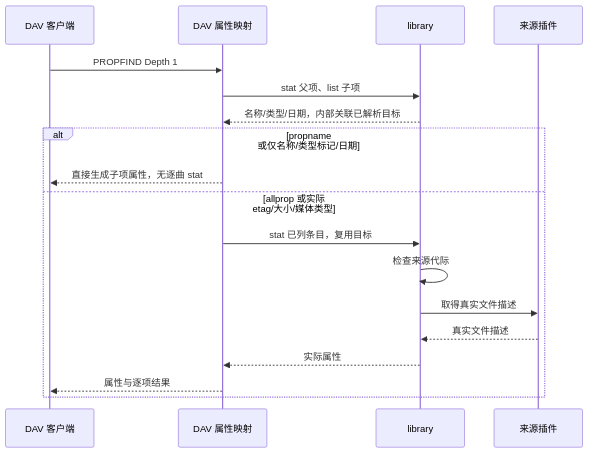
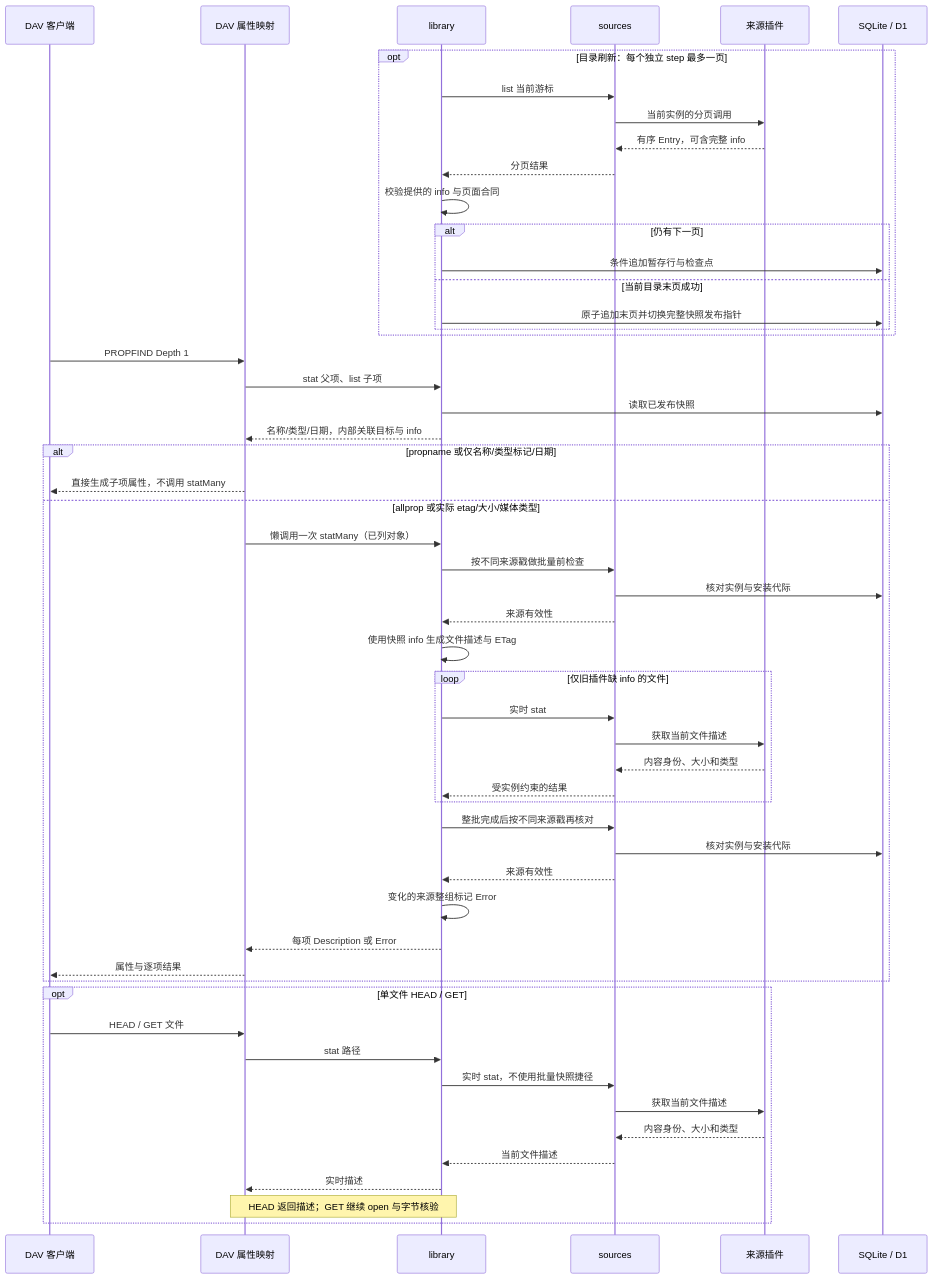
Before and after one commit to shengyusi-SYS/musicfs: the fourth of 12 diagrams in docs/architecture/diagrams.md, drawn with Mermaid. The commit also changed other lines of this file and 52 other files, not shown here.

````diff
--- a/docs/architecture/diagrams.md
+++ b/docs/architecture/diagrams.md
@@ -82,20 +82,56 @@
 ```mermaid
 sequenceDiagram
   participant C as DAV 客户端
   participant D as DAV 属性映射
   participant L as library
+  participant S as sources
   participant P as 来源插件
+  participant DB as SQLite / D1
+  opt 目录刷新：每个独立 step 最多一页
+    L->>S: list 当前游标
+    S->>P: 当前实例的分页调用
+    P-->>S: 有序 Entry，可含完整 info
+    S-->>L: 分页结果
+    L->>L: 校验提供的 info 与页面合同
+    alt 仍有下一页
+      L->>DB: 条件追加暂存行与检查点
+    else 当前目录末页成功
+      L->>DB: 原子追加末页并切换完整快照发布指针
+    end
+  end
   C->>D: PROPFIND Depth 1
   D->>L: stat 父项、list 子项
-  L-->>D: 名称/类型/日期，内部关联已解析目标
+  L->>DB: 读取已发布快照
+  L-->>D: 名称/类型/日期，内部关联目标与 info
   alt propname 或仅名称/类型标记/日期
-    D-->>C: 直接生成子项属性，无逐曲 stat
+    D-->>C: 直接生成子项属性，不调用 statMany
   else allprop 或实际 etag/大小/媒体类型
-    D->>L: stat 已列条目，复用目标
-    L->>L: 检查来源代际
-    L->>P: 取得真实文件描述
-    P-->>L: 真实文件描述
-    L-->>D: 实际属性
+    D->>L: 懒调用一次 statMany（已列对象）
+    L->>S: 按不同来源戳做批量前检查
+    S->>DB: 核对实例与安装代际
+    S-->>L: 来源有效性
+    L->>L: 使用快照 info 生成文件描述与 ETag
+    loop 仅旧插件缺 info 的文件
+      L->>S: 实时 stat
+      S->>P: 获取当前文件描述
+      P-->>S: 内容身份、大小和类型
+      S-->>L: 受实例约束的结果
+    end
+    L->>S: 整批完成后按不同来源戳再核对
+    S->>DB: 核对实例与安装代际
+    S-->>L: 来源有效性
+    L->>L: 变化的来源整组标记 Error
+    L-->>D: 每项 Description 或 Error
     D-->>C: 属性与逐项结果
   end
+  opt 单文件 HEAD / GET
+    C->>D: HEAD / GET 文件
+    D->>L: stat 路径
+    L->>S: 实时 stat，不使用批量快照捷径
+    S->>P: 获取当前文件描述
+    P-->>S: 内容身份、大小和类型
+    S-->>L: 当前文件描述
+    L-->>D: 实时描述
+    Note over D,L: HEAD 返回描述；GET 继续 open 与字节核验
+  end
 ```
````
